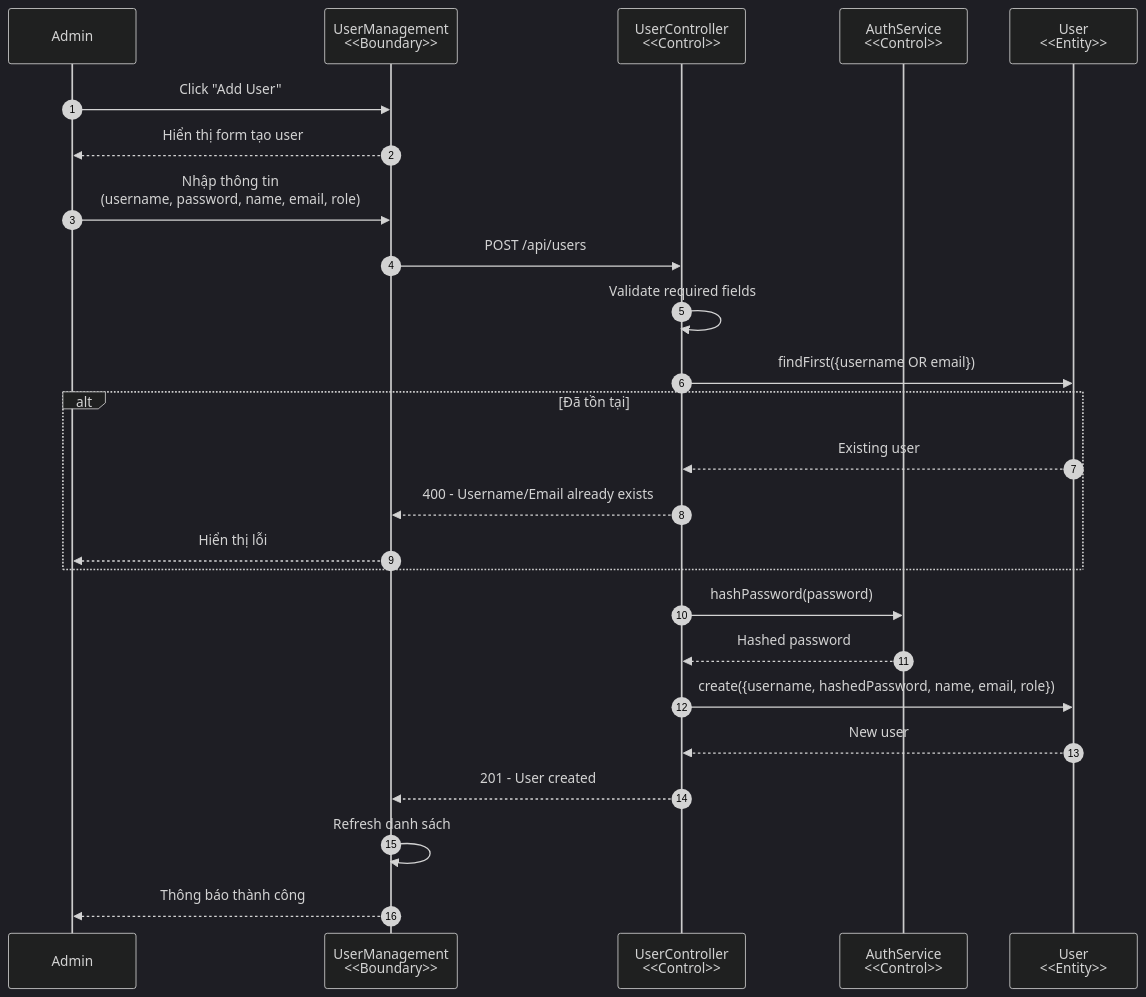
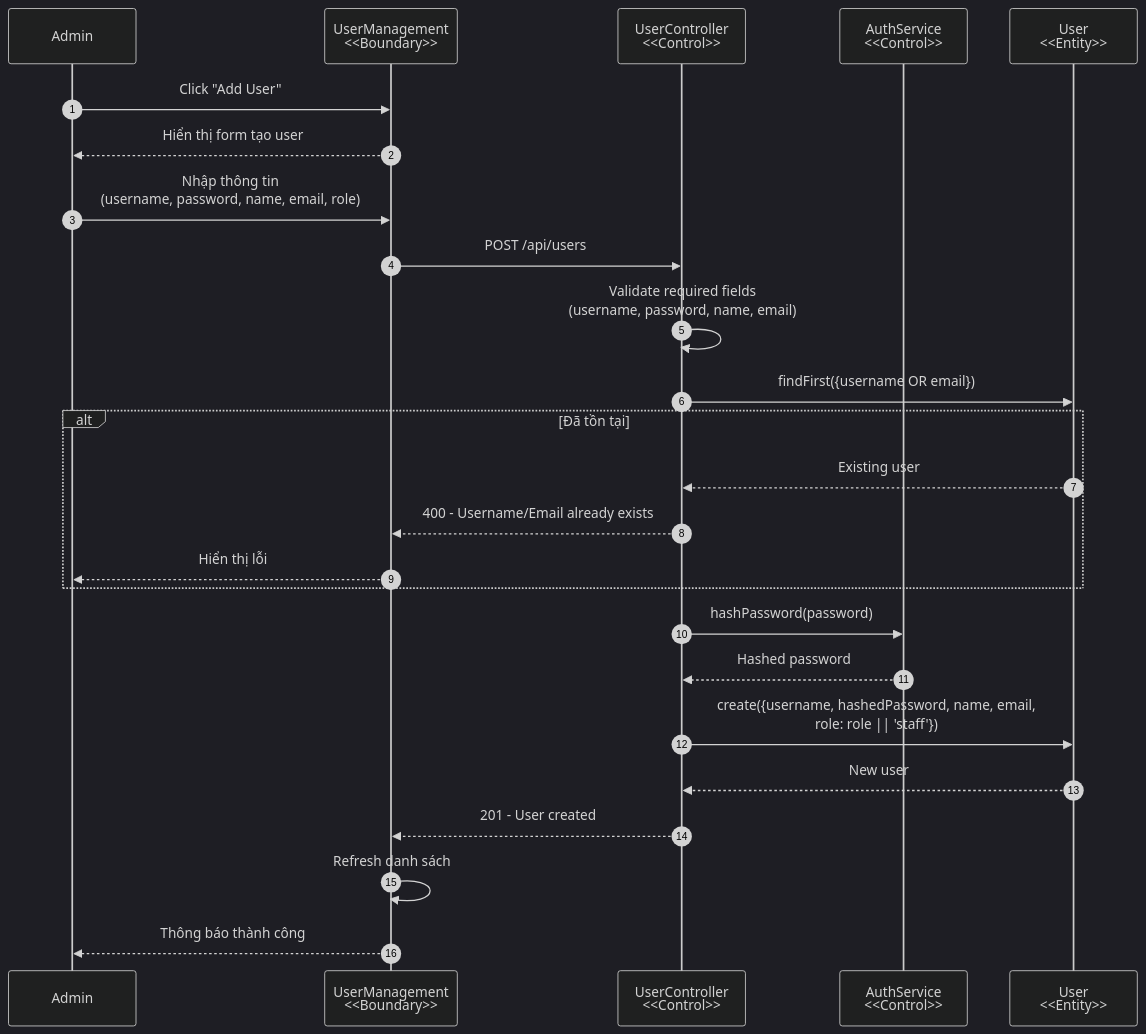
Diagram 22 of 25 in docs/sequence-diagrams.md (MinhNghia2010/Bluemoon), drawn with Mermaid before and after one commit. The commit also changed other lines of this file and 1 other file, not shown here.

````diff
--- a/docs/sequence-diagrams.md
+++ b/docs/sequence-diagrams.md
@@ -824,35 +843,35 @@
 ```mermaid
 %%{init: {'theme': 'dark'}}%%
 sequenceDiagram
     autonumber
     participant Admin as Admin
     participant View as UserManagement<br/><<Boundary>>
     participant Controller as UserController<br/><<Control>>
     participant AuthService as AuthService<br/><<Control>>
     participant Model as User<br/><<Entity>>
     
     Admin->>View: Click "Add User"
     View-->>Admin: Hiển thị form tạo user
     
     Admin->>View: Nhập thông tin<br/>(username, password, name, email, role)
     View->>Controller: POST /api/users
     
-    Controller->>Controller: Validate required fields
+    Controller->>Controller: Validate required fields<br/>(username, password, name, email)
     
     Controller->>Model: findFirst({username OR email})
     alt Đã tồn tại
         Model-->>Controller: Existing user
         Controller-->>View: 400 - Username/Email already exists
         View-->>Admin: Hiển thị lỗi
     end
     
     Controller->>AuthService: hashPassword(password)
     AuthService-->>Controller: Hashed password
     
-    Controller->>Model: create({username, hashedPassword, name, email, role})
+    Controller->>Model: create({username, hashedPassword, name, email,<br/>role: role || 'staff'})
     Model-->>Controller: New user
     
     Controller-->>View: 201 - User created
     View->>View: Refresh danh sách
     View-->>Admin: Thông báo thành công
 ```
````
